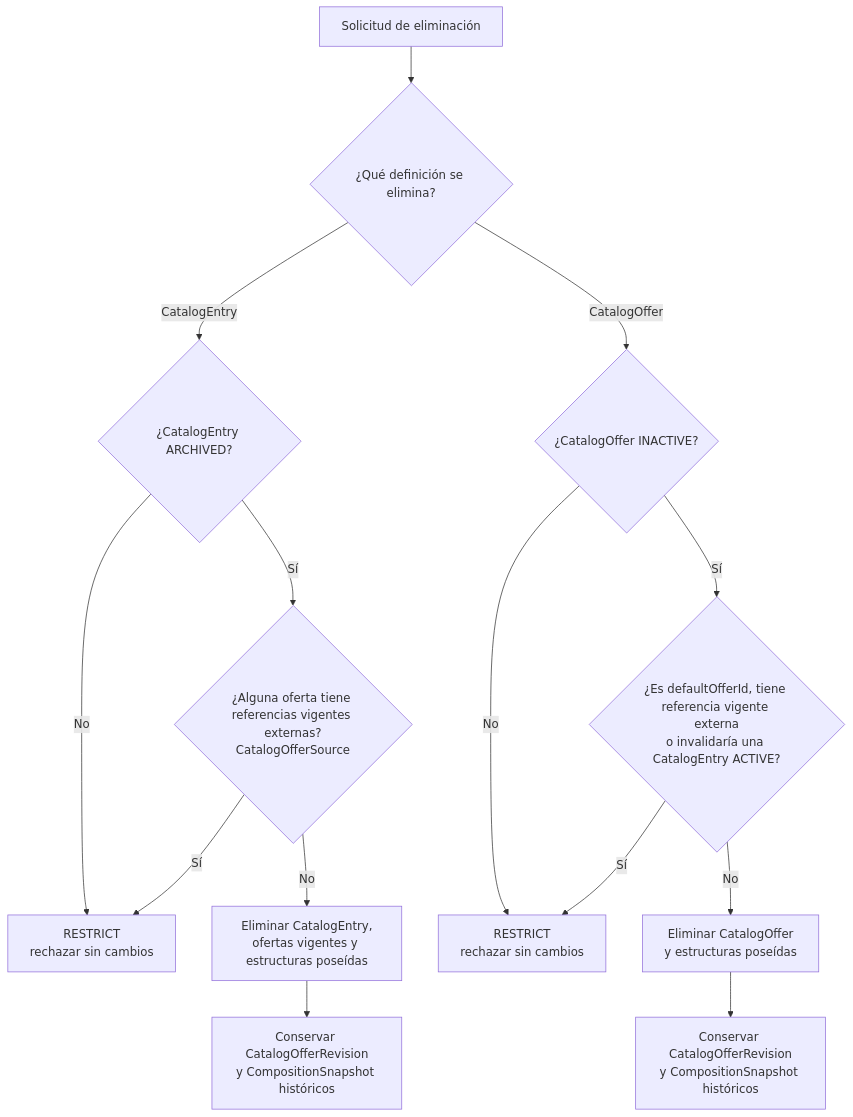
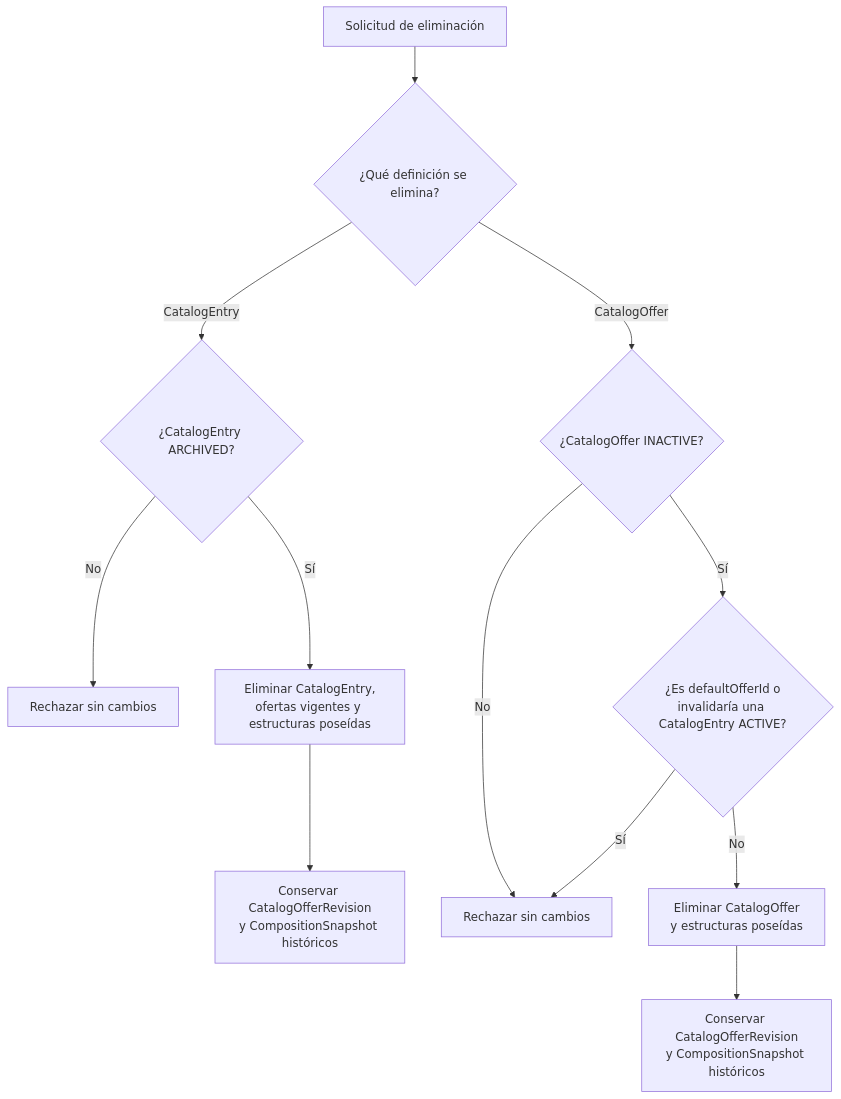
Before and after one commit to FMAT-Restaurant/Menu-Documentation: the second of 4 diagrams in docs/ers/architechture.md, drawn with Mermaid. The commit also changed other lines of this file and 10 other files, not shown here.

First line of the commit message:
Refine domain model documentation for Catalog Offer and Composition

````diff
--- a/docs/ers/architechture.md
+++ b/docs/ers/architechture.md
@@ -231,18 +218,16 @@
 ```mermaid
 flowchart TB
     Start["Solicitud de eliminación"] --> Kind{"¿Qué definición se elimina?"}
 
     Kind -->|CatalogEntry| EntryState{"¿CatalogEntry ARCHIVED?"}
-    EntryState -->|No| RejectEntry["RESTRICT<br/>rechazar sin cambios"]
-    EntryState -->|Sí| EntryRefs{"¿Alguna oferta tiene referencias vigentes externas?<br/>CatalogOfferSource"}
-    EntryRefs -->|Sí| RejectEntry
-    EntryRefs -->|No| DeleteEntry["Eliminar CatalogEntry,<br/>ofertas vigentes y estructuras poseídas"]
+    EntryState -->|No| RejectEntry["Rechazar sin cambios"]
+    EntryState -->|Sí| DeleteEntry["Eliminar CatalogEntry,<br/>ofertas vigentes y estructuras poseídas"]
     DeleteEntry --> EntryHistory["Conservar CatalogOfferRevision<br/>y CompositionSnapshot históricos"]
 
     Kind -->|CatalogOffer| OfferState{"¿CatalogOffer INACTIVE?"}
-    OfferState -->|No| RejectOffer["RESTRICT<br/>rechazar sin cambios"]
-    OfferState -->|Sí| OfferRefs{"¿Es defaultOfferId, tiene referencia vigente externa<br/>o invalidaría una CatalogEntry ACTIVE?"}
-    OfferRefs -->|Sí| RejectOffer
-    OfferRefs -->|No| DeleteOffer["Eliminar CatalogOffer<br/>y estructuras poseídas"]
+    OfferState -->|No| RejectOffer["Rechazar sin cambios"]
+    OfferState -->|Sí| OfferConstraints{"¿Es defaultOfferId o<br/>invalidaría una CatalogEntry ACTIVE?"}
+    OfferConstraints -->|Sí| RejectOffer
+    OfferConstraints -->|No| DeleteOffer["Eliminar CatalogOffer<br/>y estructuras poseídas"]
     DeleteOffer --> OfferHistory["Conservar CatalogOfferRevision<br/>y CompositionSnapshot históricos"]
 ```
````
